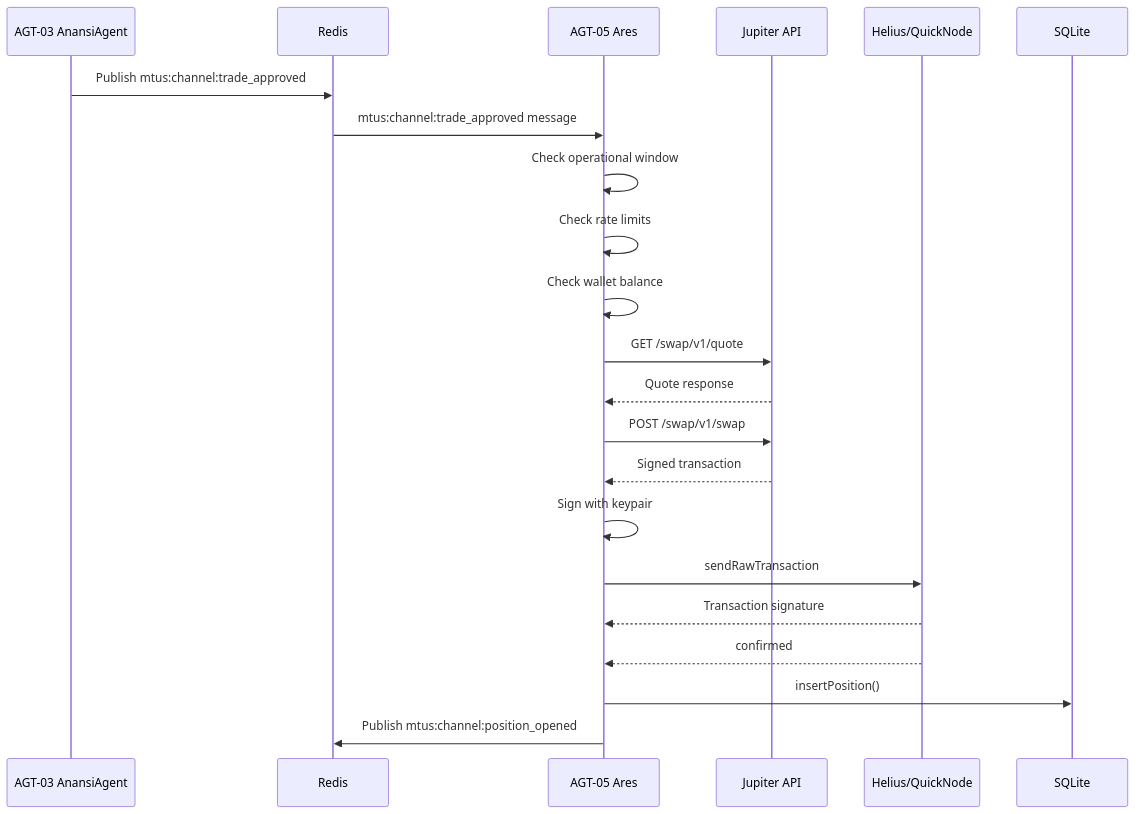
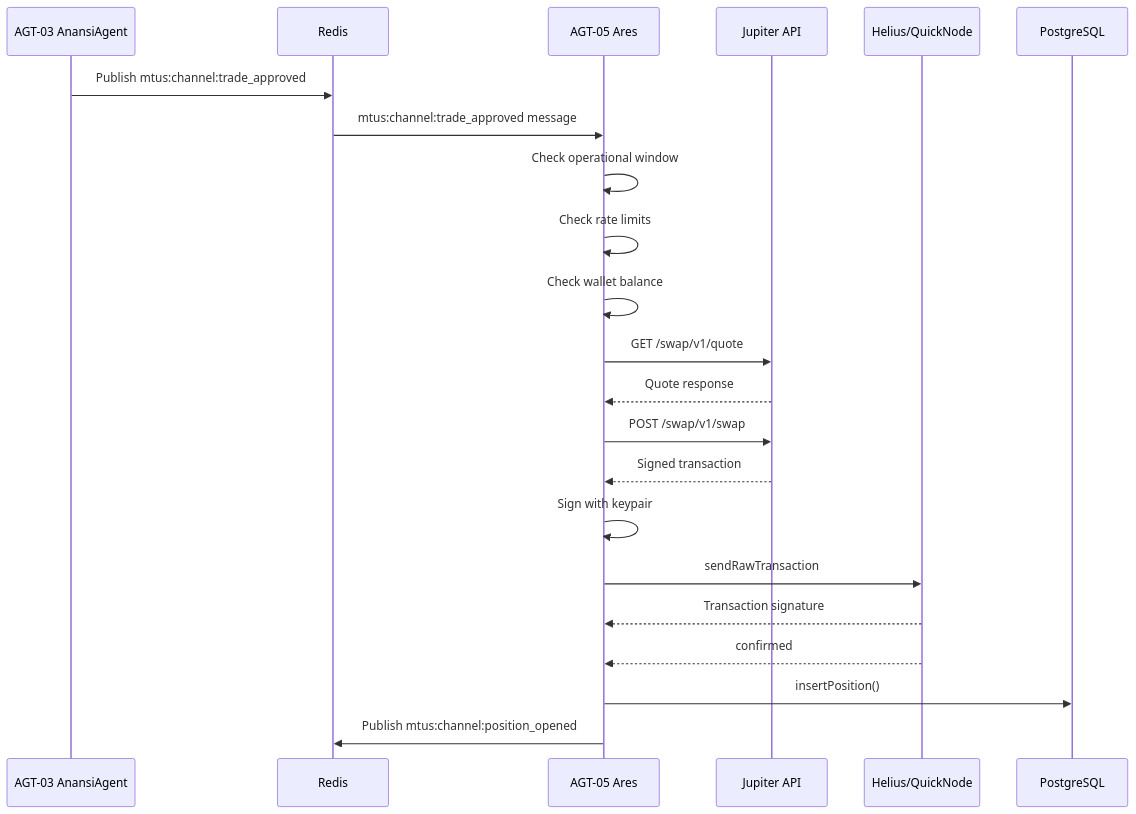
Before and after one commit to Elvio11/MTU: the third of 4 diagrams in AGENT.md, drawn with Mermaid. The commit also changed other lines of this file and 4 other files, not shown here.

Commit message:
docs: migrate SQLite schema & diagrams to PostgreSQL & add Telegram pub/sub alerting

````diff
--- a/AGENT.md
+++ b/AGENT.md
@@ -984,25 +973,25 @@
 ```mermaid
 sequenceDiagram
     participant Anansi as AGT-03 AnansiAgent
     participant Redis
     participant Ares as AGT-05 Ares
     participant Jupiter as Jupiter API
     participant RPC as Helius/QuickNode
-    participant DB as SQLite
+    participant DB as PostgreSQL
     
     Anansi->>Redis: Publish mtus:channel:trade_approved
     Redis->>Ares: mtus:channel:trade_approved message
     Ares->>Ares: Check operational window
     Ares->>Ares: Check rate limits
     Ares->>Ares: Check wallet balance
     Ares->>Jupiter: GET /swap/v1/quote
     Jupiter-->>Ares: Quote response
     Ares->>Jupiter: POST /swap/v1/swap
     Jupiter-->>Ares: Signed transaction
     Ares->>Ares: Sign with keypair
     Ares->>RPC: sendRawTransaction
     RPC-->>Ares: Transaction signature
     RPC-->>Ares: confirmed
     Ares->>DB: insertPosition()
     Ares->>Redis: Publish mtus:channel:position_opened
 ```
````
